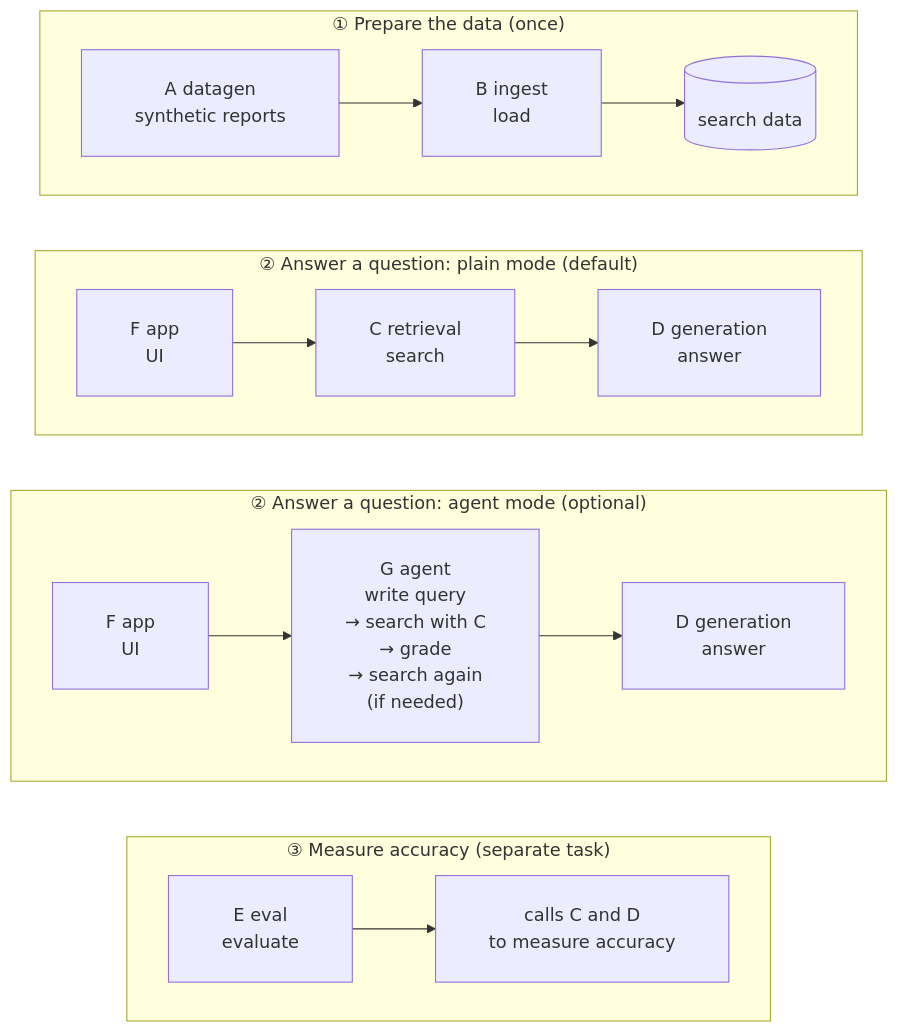
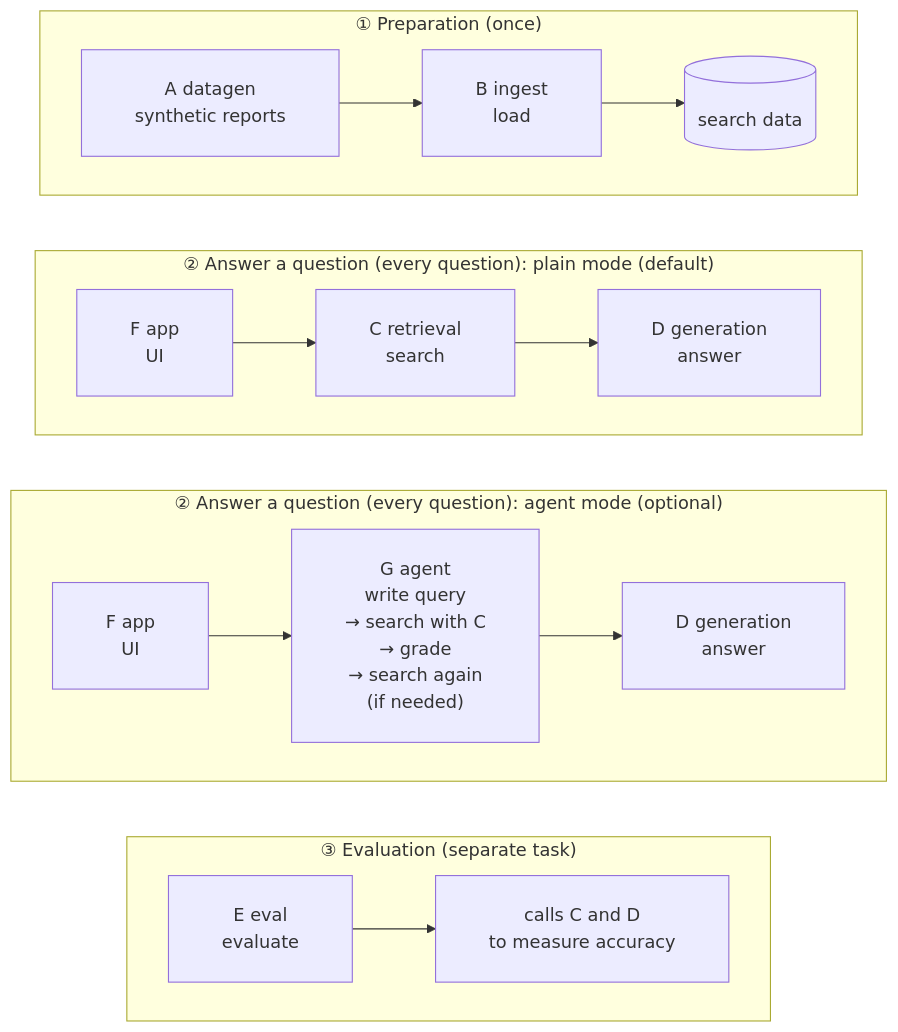
Before and after one commit to satoshi-abe-dev/silo-rag: the first of 3 diagrams in README_en.md, drawn with Mermaid. The commit also changed other lines of this file and 1 other file, not shown here.

Commit message:
Keep titles 1 and 3 as they were; give title 2 both what and when
Title 2 now says what it does (answer a question) and when it runs (every
question), in the same shape as 'Preparation (once)' and 'Evaluation
(separate task)'.

````diff
--- a/README_en.md
+++ b/README_en.md
@@ -125,23 +125,23 @@
 ```mermaid
 %%{init: {"flowchart": {"padding": 24, "wrappingWidth": 400}}}%%
 graph TB
-    subgraph prep["① Prepare the data (once)"]
+    subgraph prep["① Preparation (once)"]
         direction LR
         A["A datagen<br/>synthetic reports"] --> B["B ingest<br/>load"] --> DB[("search data")]
     end
-    subgraph plain["② Answer a question: plain mode (default)"]
+    subgraph plain["② Answer a question (every question): plain mode (default)"]
         direction LR
         F1["F app<br/>UI"] --> C1["C retrieval<br/>search"] --> D1["D generation<br/>answer"]
     end
-    subgraph agent["② Answer a question: agent mode (optional)"]
+    subgraph agent["② Answer a question (every question): agent mode (optional)"]
         direction LR
         F2["F app<br/>UI"] --> G["G agent<br/>write query<br/>→ search with C<br/>→ grade<br/>→ search again<br/>(if needed)"] --> D2["D generation<br/>answer"]
     end
-    subgraph ev["③ Measure accuracy (separate task)"]
+    subgraph ev["③ Evaluation (separate task)"]
         direction LR
         E["E eval<br/>evaluate"] --> CD["calls C and D<br/>to measure accuracy"]
     end
     prep ~~~ plain
     plain ~~~ agent
     agent ~~~ ev
 ```
````
